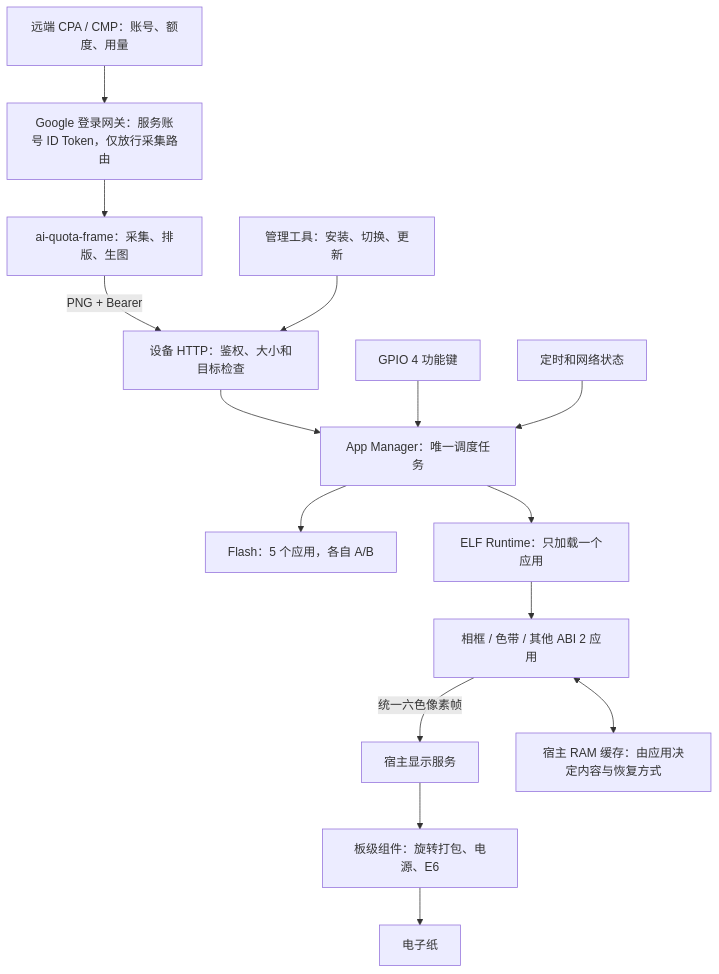
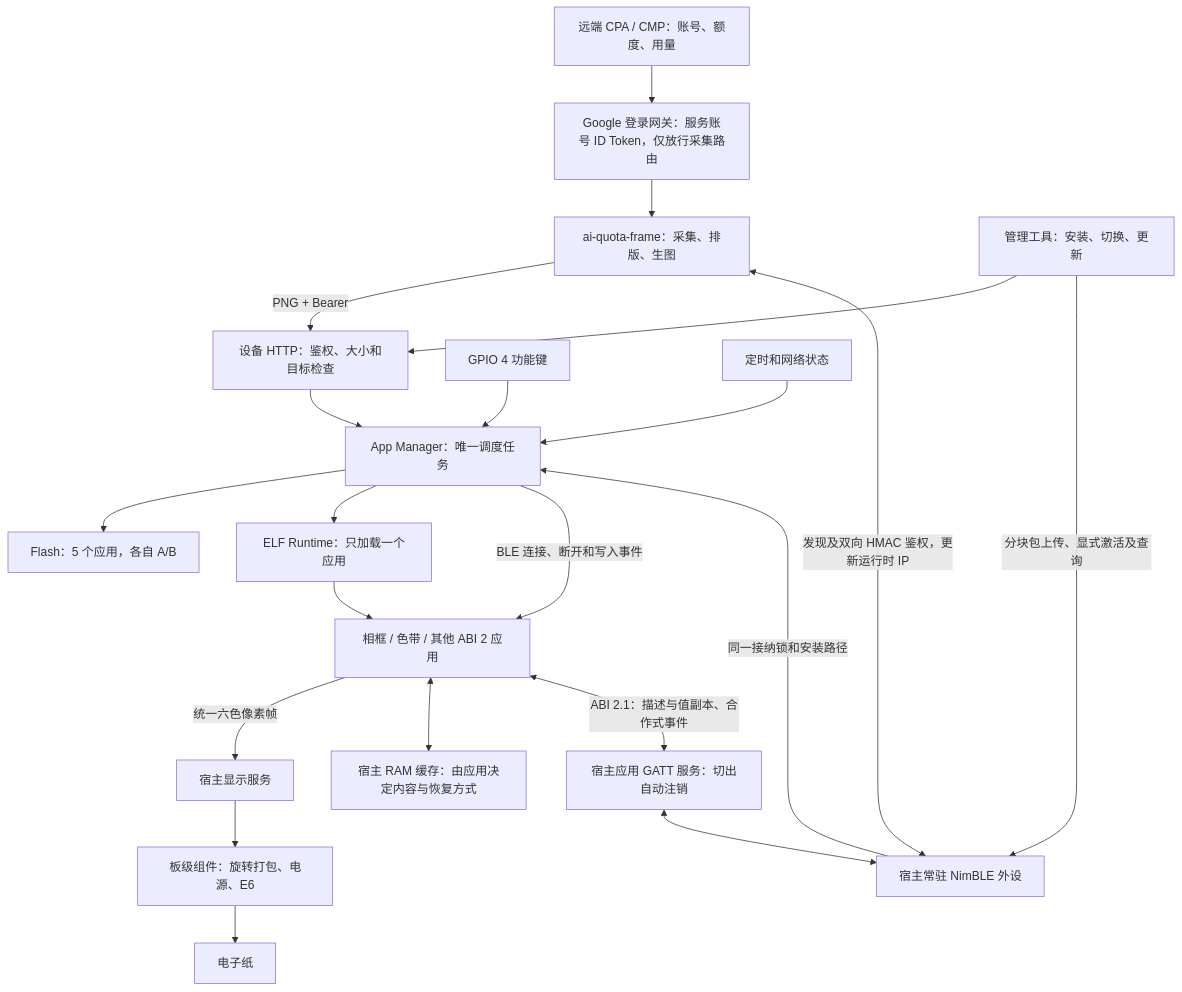
Before and after one commit to M1nt-Ch0c0/esp32s3: the first of 3 diagrams in ARCHITECTURE.md, drawn with Mermaid. The commit also changed other lines of this file, not shown here.

First line of the commit message:
docs: describe resident BLE discovery, shared app updates and ABI 2.1

````diff
--- a/ARCHITECTURE.md
+++ b/ARCHITECTURE.md
@@ -18,17 +18,23 @@
 ```mermaid
 flowchart TB
     API[远端 CPA / CMP：账号、额度、用量] --> Gateway[Google 登录网关：服务账号 ID Token，仅放行采集路由]
     Gateway --> PC[ai-quota-frame：采集、排版、生图]
     PC -->|PNG + Bearer| HTTP[设备 HTTP：鉴权、大小和目标检查]
     CLI[管理工具：安装、切换、更新] --> HTTP
+    PC <-->|发现及双向 HMAC 鉴权，更新运行时 IP| BLE[宿主常驻 NimBLE 外设]
+    CLI -->|分块包上传、显式激活及查询| BLE
     HTTP --> Manager[App Manager：唯一调度任务]
+    BLE -->|同一接纳锁和安装路径| Manager
     Key[GPIO 4 功能键] --> Manager
     Events[定时和网络状态] --> Manager
     Manager --> Catalog[Flash：5 个应用，各自 A/B]
     Manager --> Loader[ELF Runtime：只加载一个应用]
     Loader --> App[相框 / 色带 / 其他 ABI 2 应用]
     App -->|统一六色像素帧| Services[宿主显示服务]
     Services --> Board[板级组件：旋转打包、电源、E6]
     Board --> Panel[电子纸]
     App <--> Cache[宿主 RAM 缓存：由应用决定内容与恢复方式]
+    App <-->|ABI 2.1：描述与值副本、合作式事件| AppBLE[宿主应用 GATT 服务：切出自动注销]
+    AppBLE <--> BLE
+    Manager -->|BLE 连接、断开和写入事件| App
 ```
````
